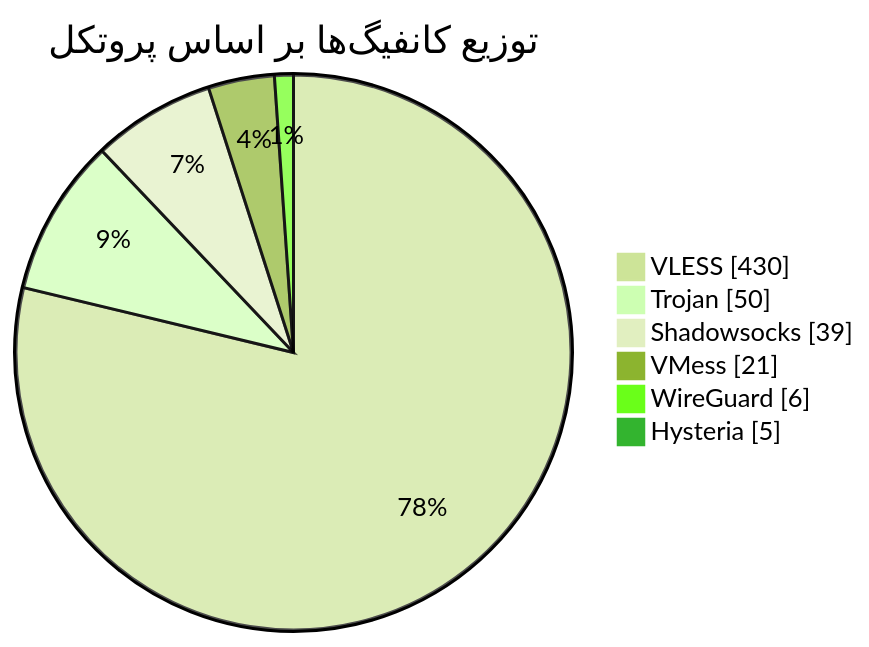
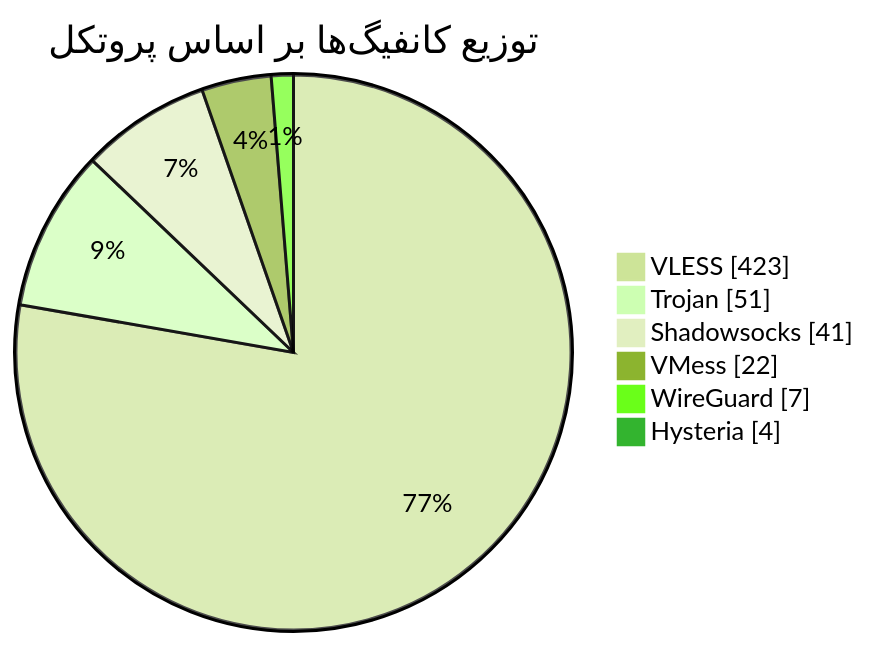
One commit to Arian-Alijani/Somthing changed the diagram in README.md. Above: the diagram before and after it, drawn with Mermaid (forest theme). The commit also changed other lines of this file and 79 other files, not shown here.

````diff
--- a/README.md
+++ b/README.md
@@ -48,10 +48,10 @@
 ```mermaid
 pie showData
     title توزیع کانفیگ‌ها بر اساس پروتکل
-    "VLESS" : 430
-    "Trojan" : 50
-    "Shadowsocks" : 39
-    "VMess" : 21
-    "WireGuard" : 6
-    "Hysteria" : 5
+    "VLESS" : 423
+    "Trojan" : 51
+    "Shadowsocks" : 41
+    "VMess" : 22
+    "WireGuard" : 7
+    "Hysteria" : 4
 ```
````
